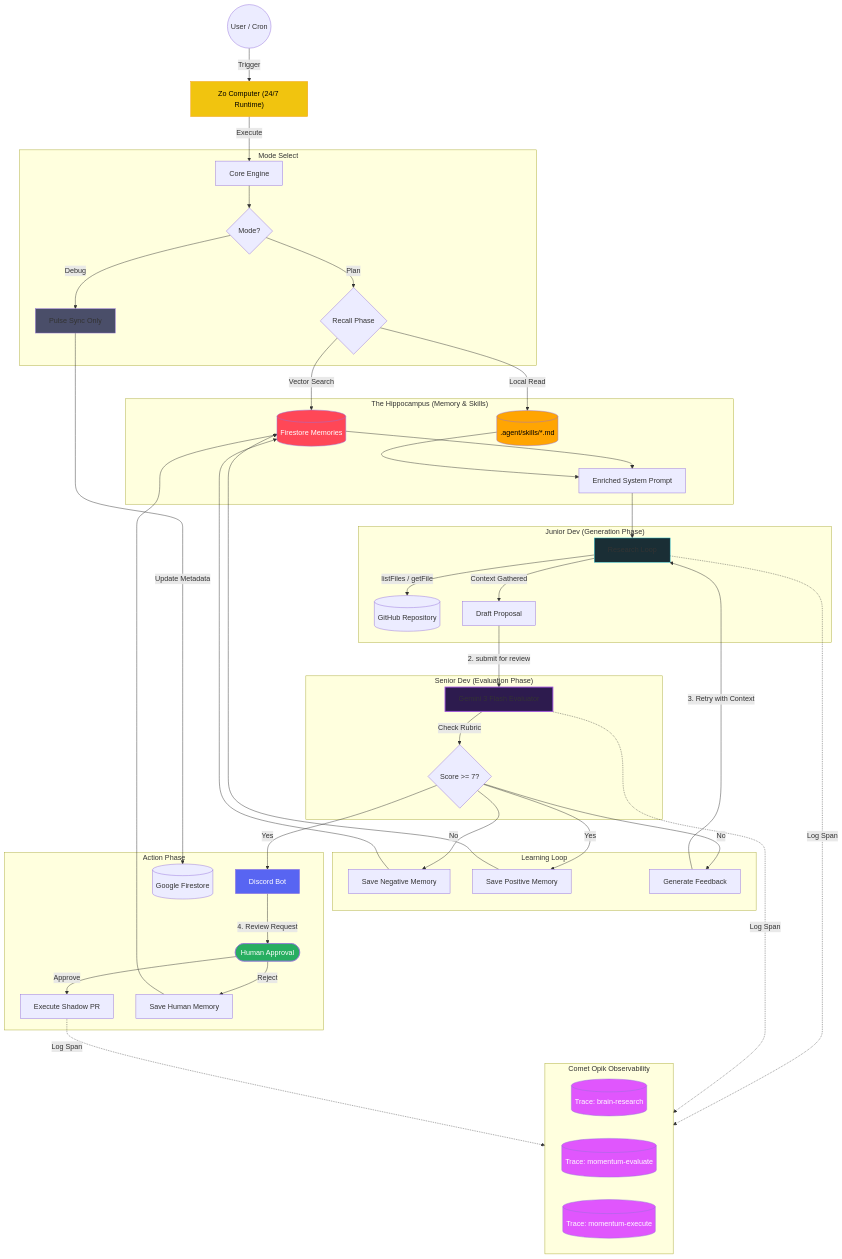
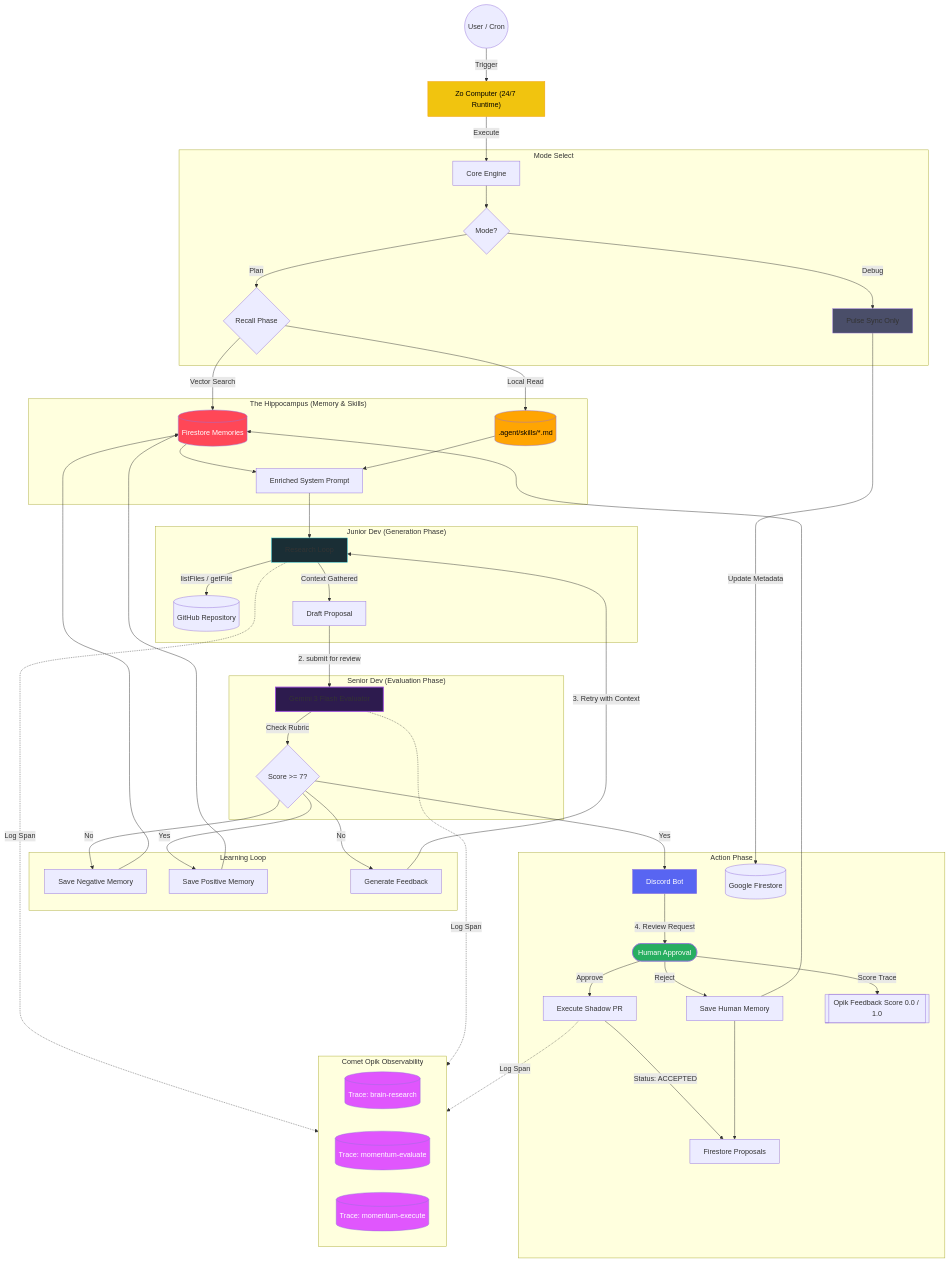
One commit to nashy3k/momentum-shadow-dev changed the second of 2 diagrams in workflow_architecture.md. Above: the diagram before and after it, drawn with Mermaid. The commit also changed other lines of this file, not shown here.

Commit message:
docs: add simplified presentation view to architecture

````diff
--- a/workflow_architecture.md
+++ b/workflow_architecture.md
@@ -16,71 +55,73 @@
 ```mermaid
 graph TD
     UserEnd(("User / Cron")) -->|Trigger| ZoHost["Zo Computer (24/7 Runtime)"]
     ZoHost -->|Execute| Core[Core Engine]
     
     subgraph "Mode Select"
         Core --> Mode{Mode?}
         Mode -->|Debug| Sync[Pulse Sync Only]
         Mode -->|Plan| Recall{Recall Phase}
     end
 
     subgraph "The Hippocampus (Memory & Skills)"
-        Recall -->|Vector Search| Memories[("Firestore Memories")]
+        Recall -->|Vector Search| Memories[(Firestore Memories)]
         Recall -->|Local Read| Skills[(".agent/skills/*.md")]
         Memories & Skills --> Enriched[Enriched System Prompt]
     end
 
     subgraph "Junior Dev (Generation Phase)"
         Enriched --> Research[Research Loop]
-        Research -->|"listFiles / getFile"| Repo[("GitHub Repository")]
+        Research -->|"listFiles / getFile"| Repo[(GitHub Repository)]
         Research -->|"Context Gathered"| Draft[Draft Proposal]
     end
 
     subgraph "Senior Dev (Evaluation Phase)"
         Draft -->|"2. submit for review"| Evaluator[Gemini 3 Flash Evaluator]
         Evaluator -->|"Check Rubric"| Score{"Score >= 7?"}
     end
 
     subgraph "Learning Loop"
         Score -->|"No"| LearnF[Save Negative Memory]
         Score -->|"Yes"| LearnS[Save Positive Memory]
         LearnF & LearnS --> Memories
         Score -->|"No"| Feedback["Generate Feedback"]
         Feedback -->|"3. Retry with Context"| Research
     end
 
     subgraph "Action Phase"
         Score -->|"Yes"| Discord[Discord Bot]
-        Sync -->|Update Metadata| DB[("Google Firestore")]
+        Sync -->|Update Metadata| DB[(Google Firestore)]
         Discord -->|"4. Review Request"| UserReview(["Human Approval"])
         UserReview -->|"Approve"| Push[Execute Shadow PR]
         UserReview -->|"Reject"| LearnH[Save Human Memory]
+        UserReview -->|"Score Trace"| OpikFB[[Opik Feedback Score 0.0 / 1.0]]
+        Push -->|"Status: ACCEPTED"| Proposals["Firestore Proposals"]
+        LearnH --> Proposals
         LearnH --> Memories
     end
 
     style Evaluator fill:#2d1b4e,stroke:#9d4edd,stroke-width:2px
     style Research fill:#1a2e35,stroke:#26c6da
     style Discord fill:#5865F2,color:white
     style Sync fill:#4a4e69
     style ZoHost fill:#f1c40f,color:black,stroke:#f39c12
     style Memories fill:#ff4757,color:white
     style Skills fill:#ffa502,color:black
-    style UserReview fill:#27ae60,color:white
     style UserReview fill:#27ae60,color:white
 
     %% Opik Tracing Layer
     subgraph "Comet Opik Observability"
         direction LR
         Trace1[("Trace: brain-research")] 
         Trace2[("Trace: momentum-evaluate")]
         Trace3[("Trace: momentum-execute")]
     end
 
     Research -.->|"Log Span"| Trace1
     Evaluator -.->|"Log Span"| Trace2
     Push -.->|"Log Span"| Trace3
     
     style Trace1 fill:#e056fd,color:white
     style Trace2 fill:#e056fd,color:white
     style Trace3 fill:#e056fd,color:white
 ```
````
